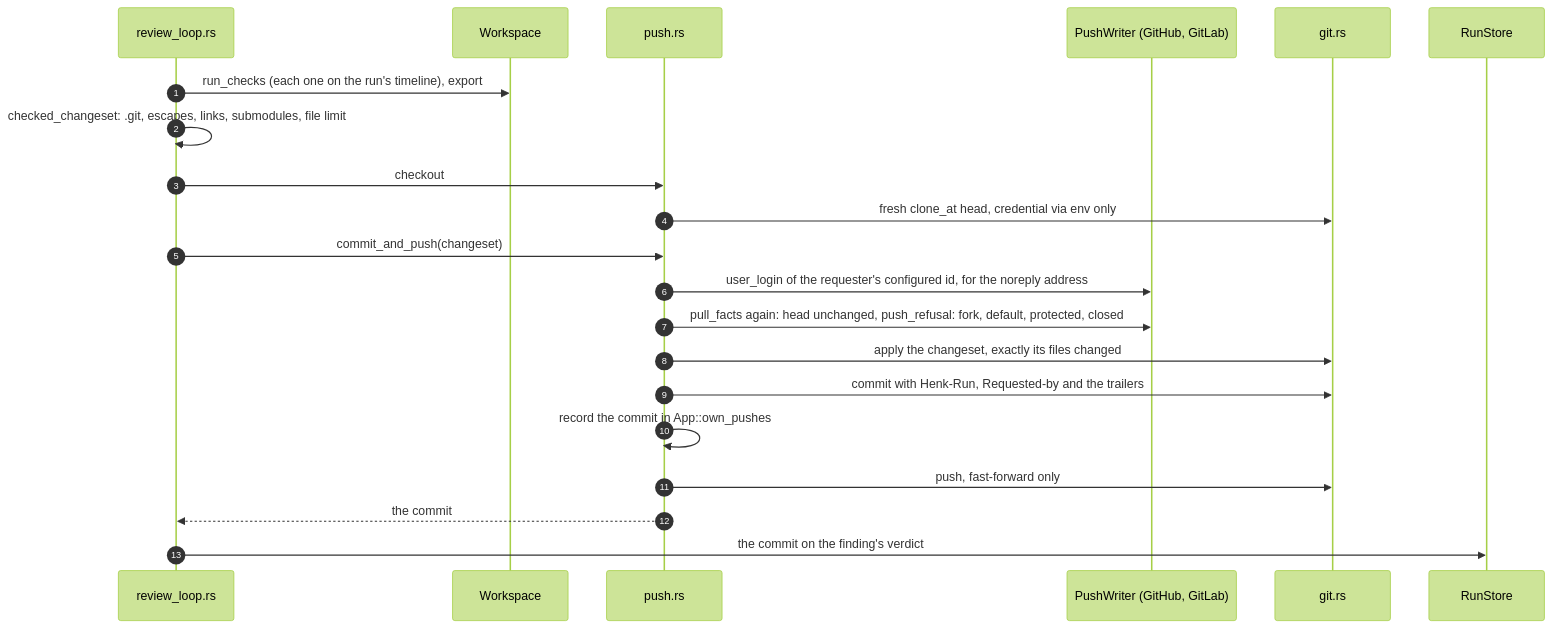
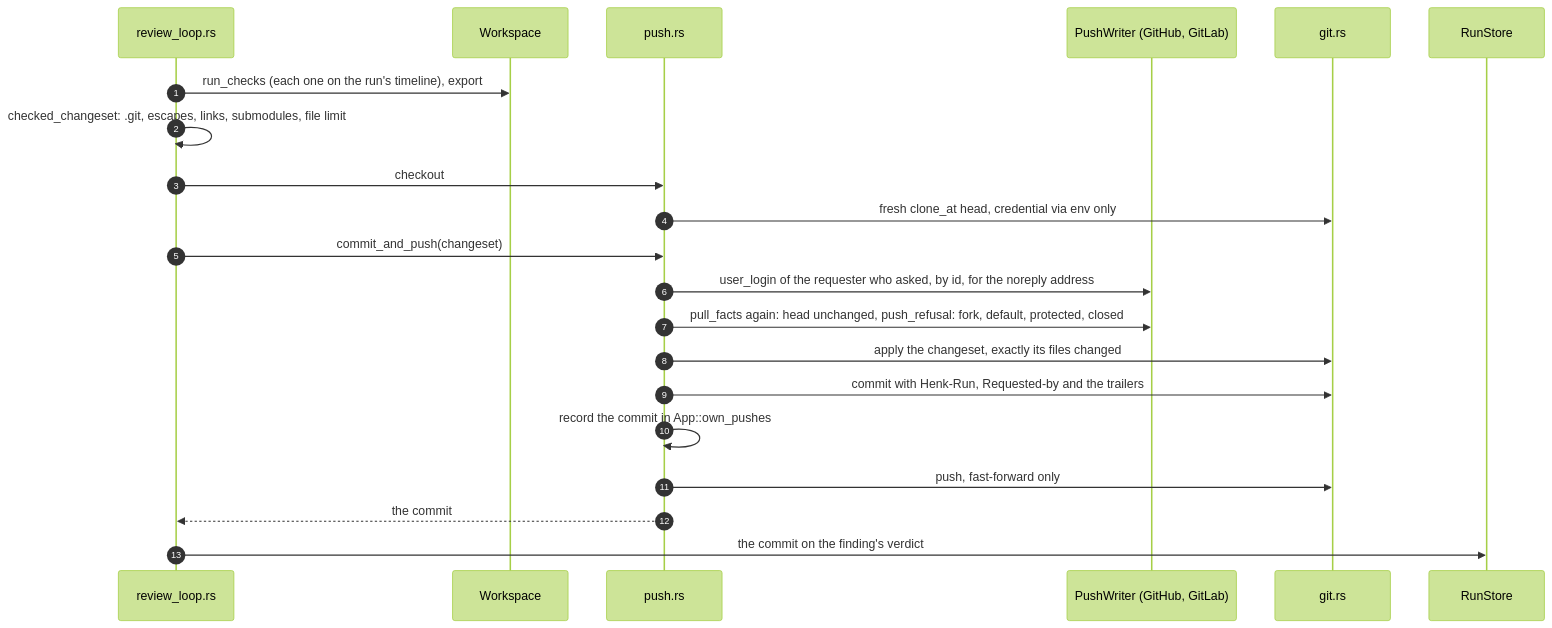
Before and after one commit to StephanMeijer/meneerhenk: the fourth of 12 diagrams in ARCHITECTURE.md, drawn with Mermaid (forest theme). The commit also changed 11 other files, not shown here.

First line of the commit message:
fix(push): commits name only a requester Henk knows, and none when nobody known asked

````diff
--- a/ARCHITECTURE.md
+++ b/ARCHITECTURE.md
@@ -344,24 +344,24 @@
 ```mermaid
 sequenceDiagram
     autonumber
     participant L as review_loop.rs
     participant K as Workspace
     participant P as push.rs
     participant W as PushWriter (GitHub, GitLab)
     participant G as git.rs
     participant DB as RunStore
 
     L->>K: run_checks (each one on the run's timeline), export
     L->>L: checked_changeset: .git, escapes, links, submodules, file limit
     L->>P: checkout
     P->>G: fresh clone_at head, credential via env only
     L->>P: commit_and_push(changeset)
-    P->>W: user_login of the requester's configured id, for the noreply address
+    P->>W: user_login of the requester who asked, by id, for the noreply address
     P->>W: pull_facts again: head unchanged, push_refusal: fork, default, protected, closed
     P->>G: apply the changeset, exactly its files changed
     P->>G: commit with Henk-Run, Requested-by and the trailers
     P->>P: record the commit in App::own_pushes
     P->>G: push, fast-forward only
     P-->>L: the commit
     L->>DB: the commit on the finding's verdict
 ```
````
